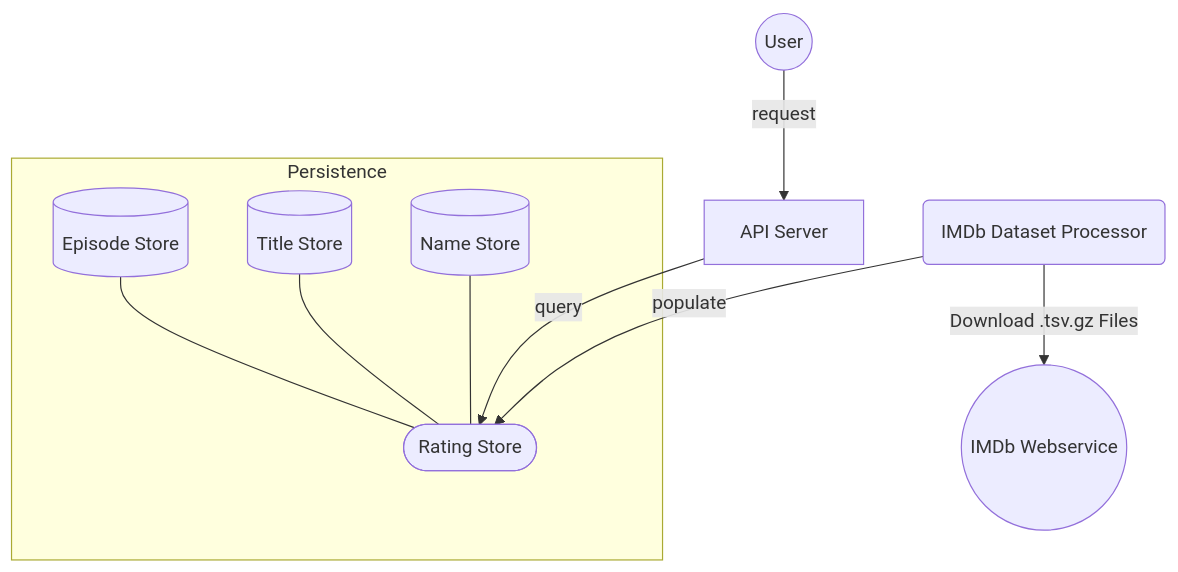
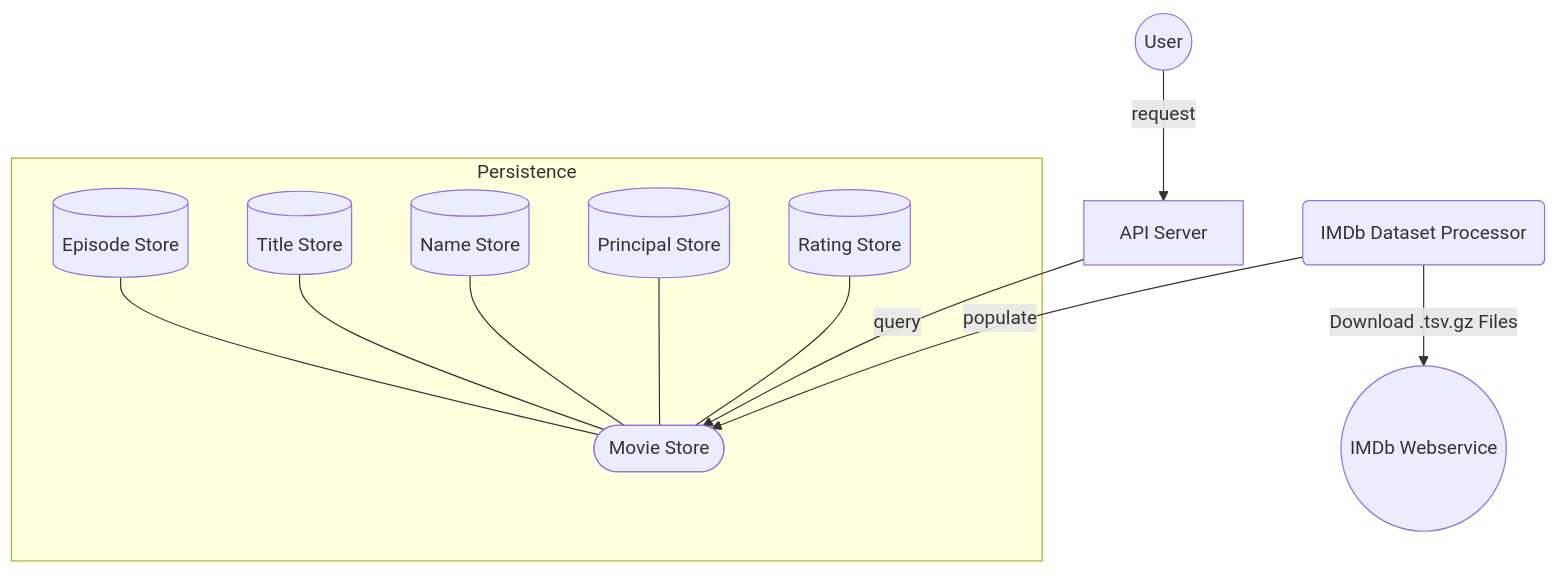
The diagram in docs/diagram.mmd (bobbyowolabi/movie-ratings-api), drawn with Mermaid before and after one commit. The commit also changed 8 other files, not shown here.

Commit message:
Updated documentation; refactored MovieStore logic to allow for locking the state

```diff
--- a/docs/diagram.mmd
+++ b/docs/diagram.mmd
@@ -1,11 +1,13 @@
 graph TD
     subgraph rating-store-component[Persistence]
-	    episode-store[(Episode Store)] --- rating-store 
-        title-store[(Title Store)] --- rating-store
-        name-store[(Name Store)] --- rating-store
-        rating-store([Rating Store])
+        episode-store[(Episode Store)] --- movie-store 
+        title-store[(Title Store)] --- movie-store
+        name-store[(Name Store)] --- movie-store
+        principal-store[(Principal Store)] --- movie-store
+        rating-store[(Rating Store)] --- movie-store
+        movie-store([Movie Store])
     end
-    server[API Server] --> |query| rating-store
+    server[API Server] --> |query| movie-store
     user((User)) --> |request|server
     imdb-process(IMDb Dataset Processor) --> |Download .tsv.gz  Files|imdb((IMDb Webservice))
-    imdb-process --> |populate|rating-store
+    imdb-process --> |populate|movie-store
```
